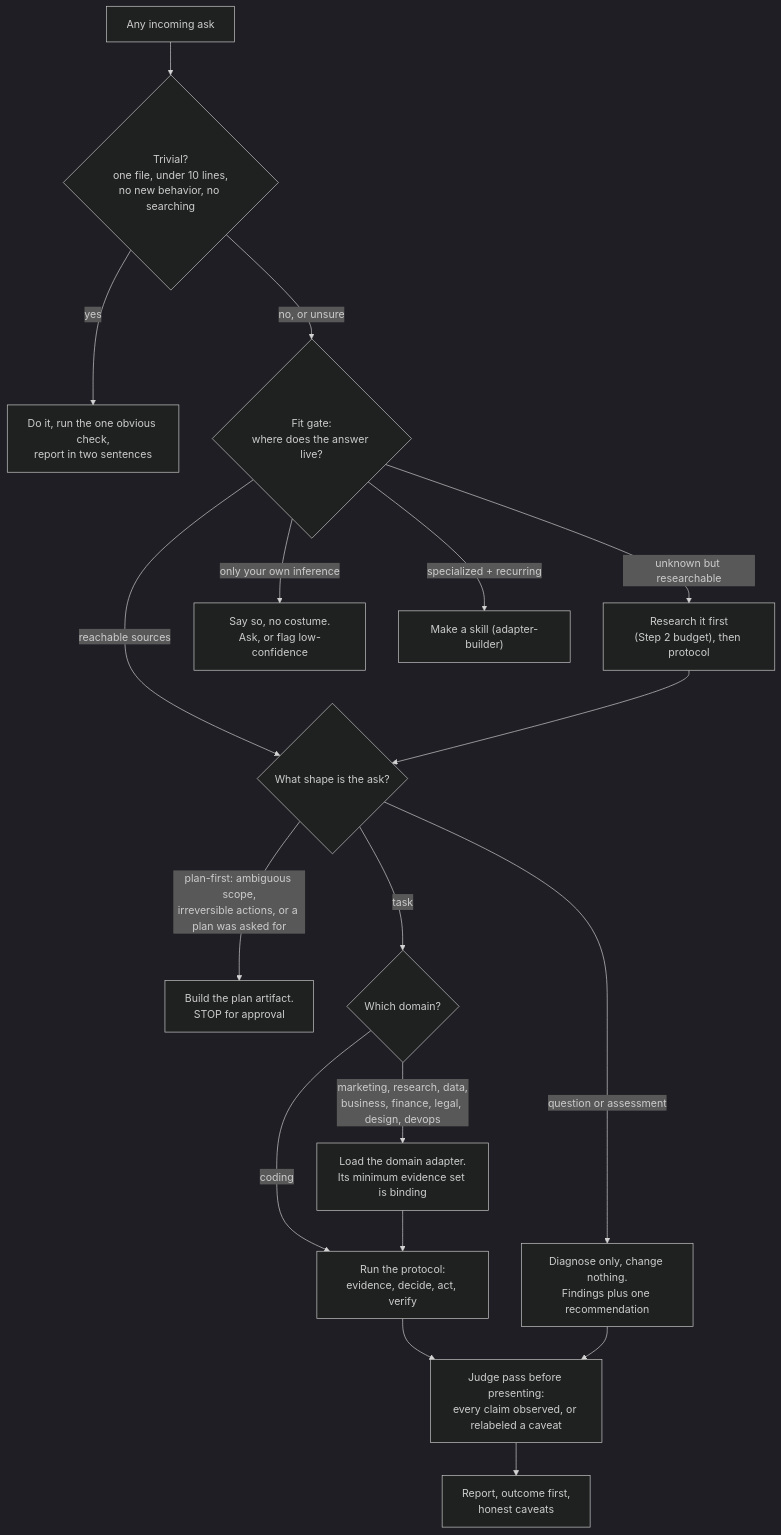
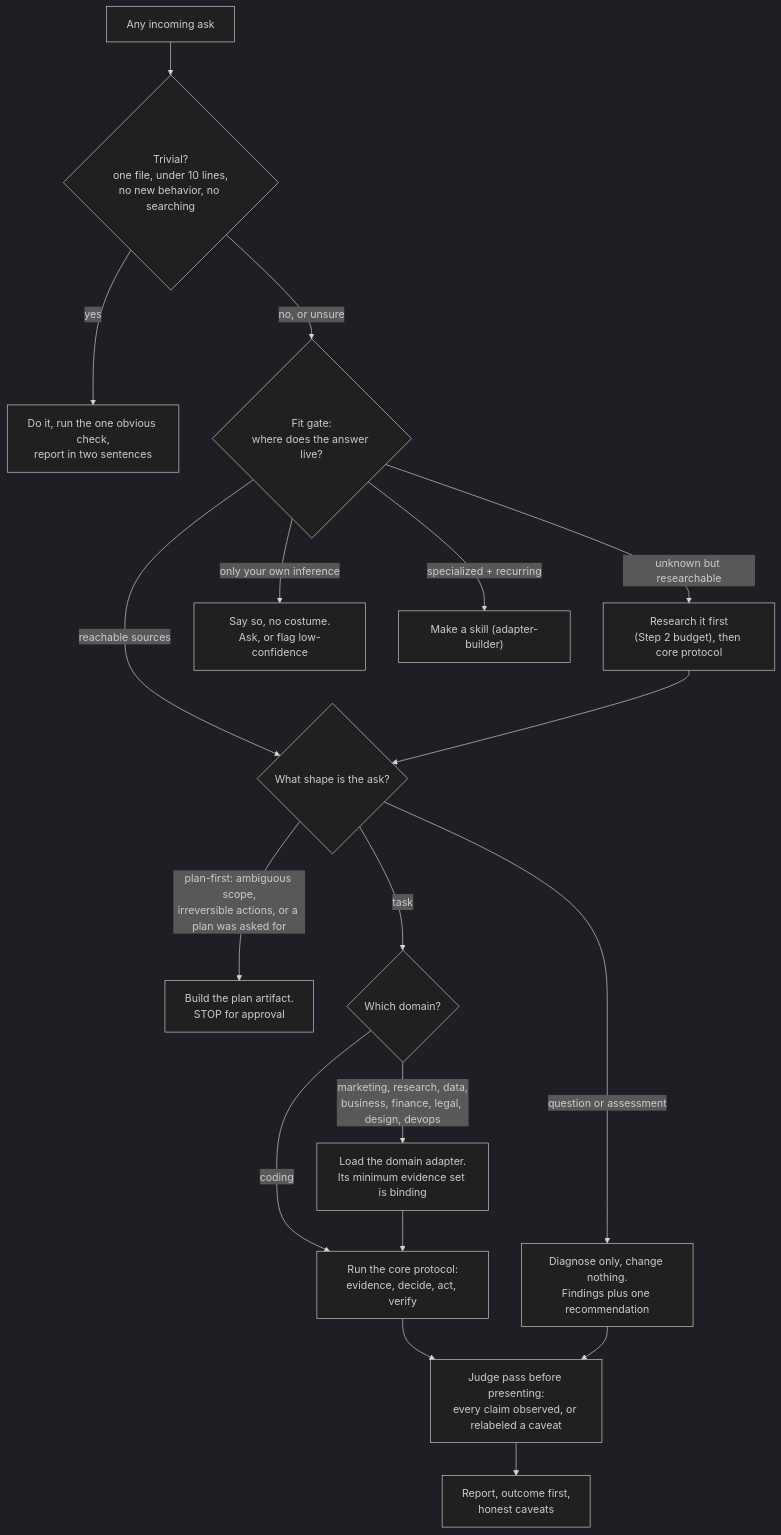
One commit to JubileeZ/Alpha-Zero-G changed the first of 8 diagrams in wip/fable-method/compressed/references/flowcharts.md. Above: the diagram before and after it, drawn with Mermaid (dark theme). The commit also changed other lines of this file and 22 other files, not shown here.

````diff
--- a/wip/fable-method/compressed/references/flowcharts.md
+++ b/wip/fable-method/compressed/references/flowcharts.md
@@ -7,20 +7,20 @@
 ```mermaid
 flowchart TD
     IN["Any incoming ask"] --> TRIV{"Trivial?<br/>one file, under 10 lines,<br/>no new behavior, no searching"}
     TRIV -->|yes| DOIT["Do it, run the one obvious check,<br/>report in two sentences"]
     TRIV -->|"no, or unsure"| FIT{"Fit gate:<br/>where does the answer live?"}
     FIT -->|"reachable sources"| SHAPE{"What shape is the ask?"}
-    FIT -->|"unknown but researchable"| RES["Research it first<br/>(Step 2 budget), then protocol"]
+    FIT -->|"unknown but researchable"| RES["Research it first<br/>(Step 2 budget), then core protocol"]
     FIT -->|"only your own inference"| INFER["Say so, no costume.<br/>Ask, or flag low-confidence"]
     FIT -->|"specialized + recurring"| MK["Make a skill (adapter-builder)"]
     RES --> SHAPE
     SHAPE -->|"question or assessment"| ASSESS["Diagnose only, change nothing.<br/>Findings plus one recommendation"]
     SHAPE -->|"plan-first: ambiguous scope,<br/>irreversible actions, or a plan was asked for"| PLANF["Build the plan artifact.<br/>STOP for approval"]
     SHAPE -->|task| DOM{"Which domain?"}
-    DOM -->|coding| PROTO2["Run the protocol:<br/>evidence, decide, act, verify"]
+    DOM -->|coding| PROTO2["Run the core protocol:<br/>evidence, decide, act, verify"]
     DOM -->|"marketing, research, data,<br/>business, finance, legal, design, devops"| ADAPT["Load the domain adapter.<br/>Its minimum evidence set is binding"]
     ADAPT --> PROTO2
     PROTO2 --> JPASS["Judge pass before presenting:<br/>every claim observed, or relabeled a caveat"]
     ASSESS --> JPASS
     JPASS --> OUT["Report, outcome first,<br/>honest caveats"]
 ```
````
